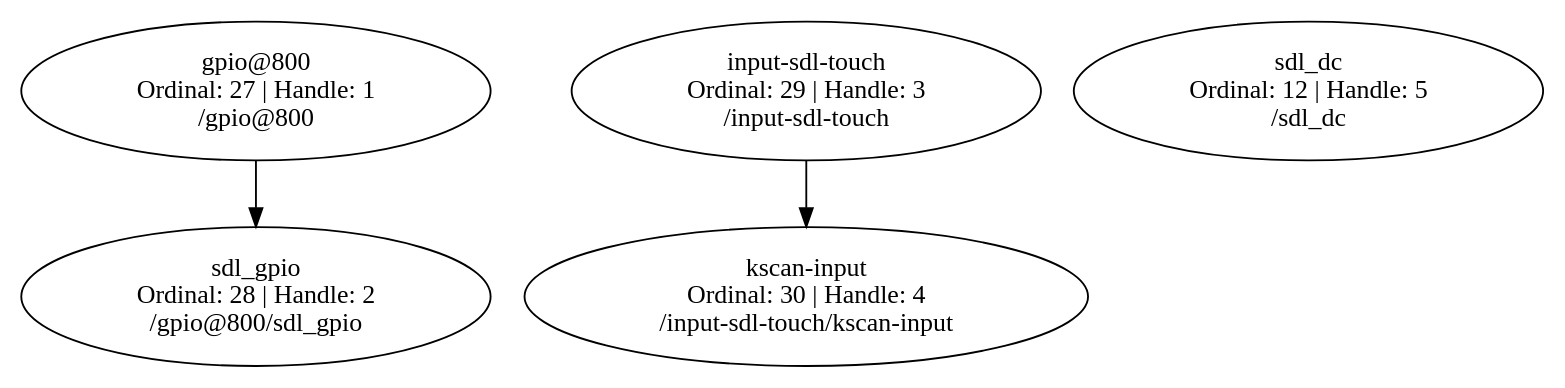
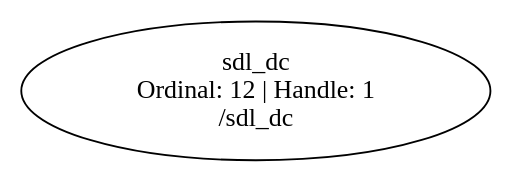
Before and after one commit to najnesnaj/pinetime-zephyr: the diagram in pinetime_devkit0/build/zephyr/dev_graph.dot, drawn with Graphviz. The commit also changed 212 other files, not shown here.

```diff
--- a/pinetime_devkit0/build/zephyr/dev_graph.dot
+++ b/pinetime_devkit0/build/zephyr/dev_graph.dot
@@ -1,10 +1,4 @@
 // /root/zephyrproject/zephyr/build/zephyr/zephyr_pre0.elf
 digraph "Device dependency graph" {
-	27 [label="gpio@800\nOrdinal: 27 | Handle: 1\n/gpio@800"]
-	28 [label="sdl_gpio\nOrdinal: 28 | Handle: 2\n/gpio@800/sdl_gpio"]
-	29 [label="input-sdl-touch\nOrdinal: 29 | Handle: 3\n/input-sdl-touch"]
-	30 [label="kscan-input\nOrdinal: 30 | Handle: 4\n/input-sdl-touch/kscan-input"]
-	12 [label="sdl_dc\nOrdinal: 12 | Handle: 5\n/sdl_dc"]
-	27 -> 28
-	29 -> 30
+	12 [label="sdl_dc\nOrdinal: 12 | Handle: 1\n/sdl_dc"]
 }
```
